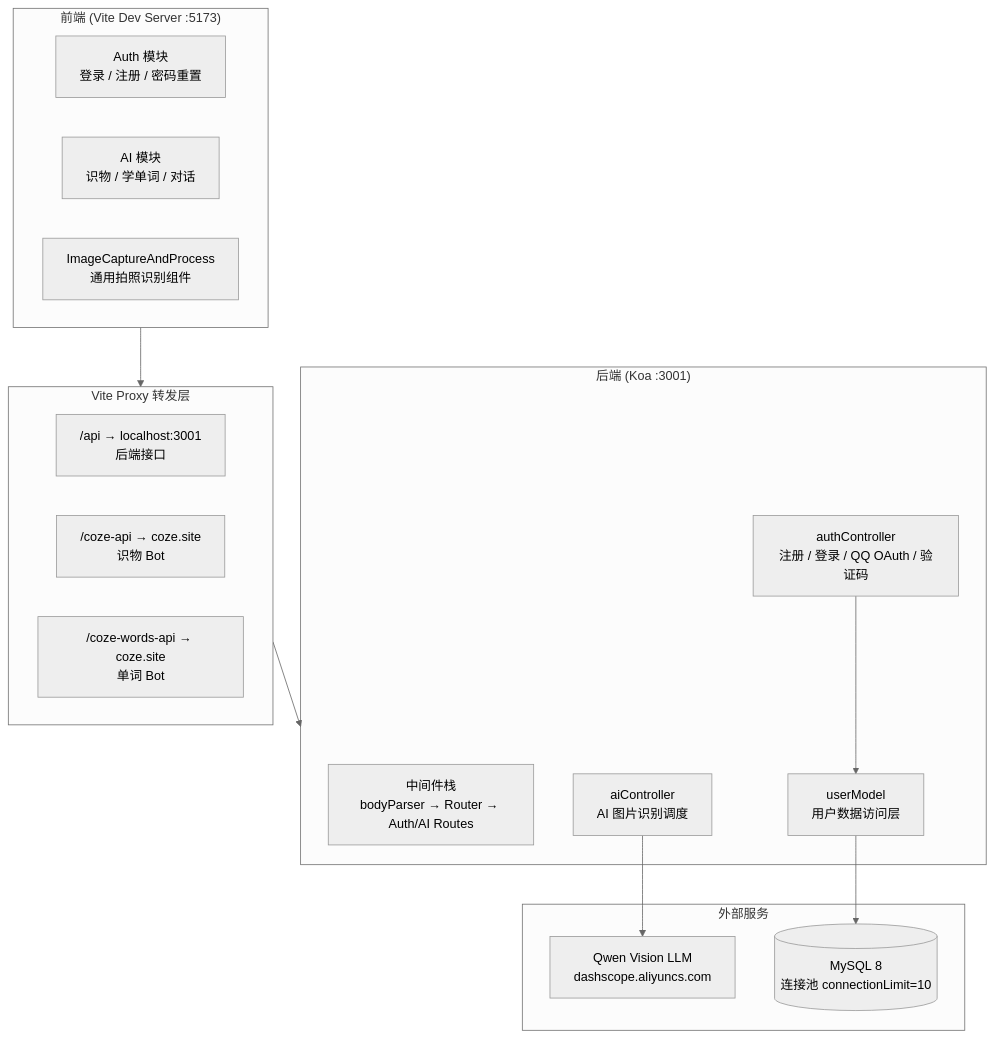
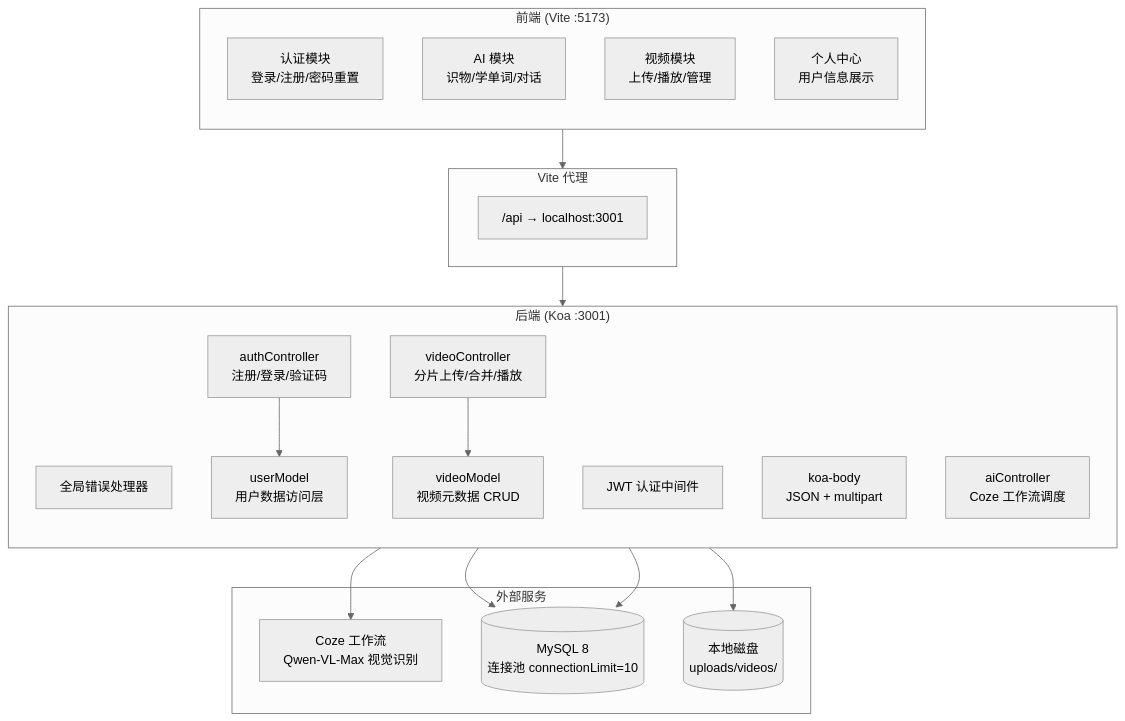
The first of 4 diagrams in README.md (Anine1024/AI_KidEdu), drawn with Mermaid (neutral theme) before and after one commit. The commit also changed other lines of this file and 2 other files, not shown here.

````diff
--- a/README.md
+++ b/README.md
@@ -31,32 +22,41 @@
 ```mermaid
 graph TB
-    subgraph Frontend["前端 (Vite Dev Server :5173)"]
-        AuthMod["Auth 模块<br/>登录 / 注册 / 密码重置"]
-        AIMod["AI 模块<br/>识物 / 学单词 / 对话"]
-        ImgCap["ImageCaptureAndProcess<br/>通用拍照识别组件"]
+    subgraph Frontend["前端 (Vite :5173)"]
+        direction TB
+        AuthMod["认证模块<br/>登录/注册/密码重置"]
+        AIMod["AI 模块<br/>识物/学单词/对话"]
+        VideoMod["视频模块<br/>上传/播放/管理"]
+        ProfileMod["个人中心<br/>用户信息展示"]
     end
 
-    subgraph Proxy["Vite Proxy 转发层"]
-        P_API["/api → localhost:3001<br/>后端接口"]
-        P_AI["/coze-api → coze.site<br/>识物 Bot"]
-        P_WORD["/coze-words-api → coze.site<br/>单词 Bot"]
+    subgraph Proxy["Vite 代理"]
+        P_API["/api → localhost:3001"]
     end
 
     subgraph Backend["后端 (Koa :3001)"]
-        MW["中间件栈<br/>bodyParser → Router → Auth/AI Routes"]
-        AuthCtrl["authController<br/>注册 / 登录 / QQ OAuth / 验证码"]
-        AICtrl["aiController<br/>AI 图片识别调度"]
+        direction TB
+        GlobalErr["全局错误处理器"]
+        AuthMW["JWT 认证中间件"]
+        BodyParser["koa-body<br/>JSON + multipart"]
+        AuthCtrl["authController<br/>注册/登录/验证码"]
+        AICtrl["aiController<br/>Coze 工作流调度"]
+        VideoCtrl["videoController<br/>分片上传/合并/播放"]
         UserModel["userModel<br/>用户数据访问层"]
+        VideoModel["videoModel<br/>视频元数据 CRUD"]
     end
 
     subgraph External["外部服务"]
-        Qwen["Qwen Vision LLM<br/>dashscope.aliyuncs.com"]
+        Coze["Coze 工作流<br/>Qwen-VL-Max 视觉识别"]
         MySQL[("MySQL 8<br/>连接池 connectionLimit=10")]
+        Disk[("本地磁盘<br/>uploads/videos/")]
     end
 
     Frontend --> Proxy
     Proxy --> Backend
     AuthCtrl --> UserModel
-    AICtrl --> Qwen
+    AICtrl --> Coze
+    VideoCtrl --> VideoModel
     UserModel --> MySQL
+    VideoModel --> MySQL
+    VideoCtrl --> Disk
 ```
````
